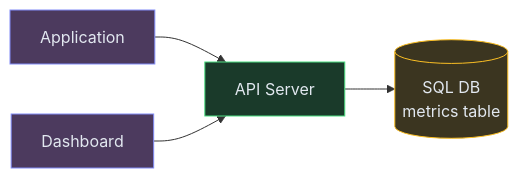
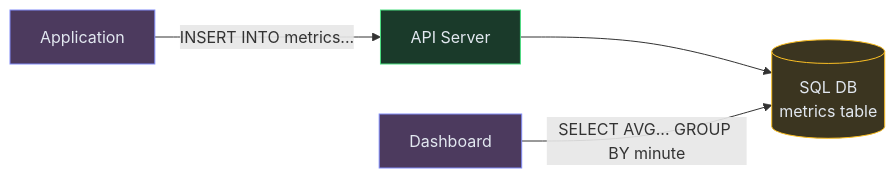
Before and after one commit to iluzn/HLD-Designs: the first of 7 diagrams in content/hld/MetricsMonitoring.md, drawn with Mermaid. The commit also changed other lines of this file and 26 other files, not shown here.

````diff
--- a/content/hld/MetricsMonitoring.md
+++ b/content/hld/MetricsMonitoring.md
@@ -23,15 +25,15 @@
 ```mermaid
 flowchart LR
     APP["Application"]:::client
     API["API Server"]:::service
     DB[("SQL DB<br/>metrics table")]:::data
     DASH["Dashboard"]:::client
 
-    APP --> API
+    APP -->|"INSERT INTO metrics..."| API
     API --> DB
-    DASH --> API
+    DASH -->|"SELECT AVG... GROUP BY minute"| DB
 
     classDef client fill:#4c3a5e,stroke:#818cf8,color:#e2e8f0
     classDef service fill:#1a3a2a,stroke:#4ade80,color:#e2e8f0
     classDef data fill:#3b3520,stroke:#fbbf24,color:#e2e8f0
 ```
````
